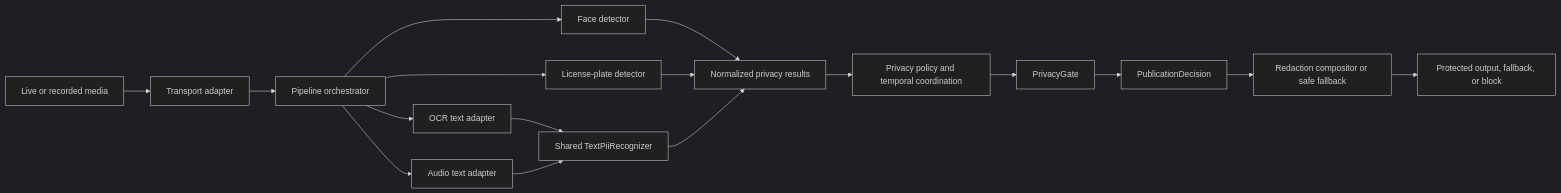
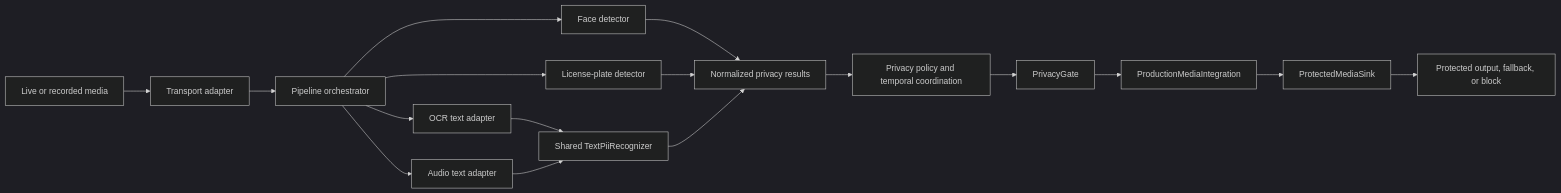
One commit to TikTokTechJam/Mock2025 changed the first of 5 diagrams in docs/ARCHITECTURE.md. Above: the diagram before and after it, drawn with Mermaid (dark theme). The commit also changed other lines of this file and 20 other files, not shown here.

````diff
--- a/docs/ARCHITECTURE.md
+++ b/docs/ARCHITECTURE.md
@@ -74,19 +77,19 @@
 ```mermaid
 flowchart LR
     A[Live or recorded media] --> B[Transport adapter]
     B --> C[Pipeline orchestrator]
     C --> D[Face detector]
     C --> E[License-plate detector]
     C --> F[OCR text adapter]
     C --> G[Audio text adapter]
     F --> T[Shared TextPiiRecognizer]
     G --> T
     D --> H[Normalized privacy results]
     E --> H
     T --> H
     H --> I[Privacy policy and temporal coordination]
     I --> J[PrivacyGate]
-    J --> K[PublicationDecision]
-    K --> L[Redaction compositor or safe fallback]
+    J --> K[ProductionMediaIntegration]
+    K --> L[ProtectedMediaSink]
     L --> M[Protected output, fallback, or block]
 ```
````
